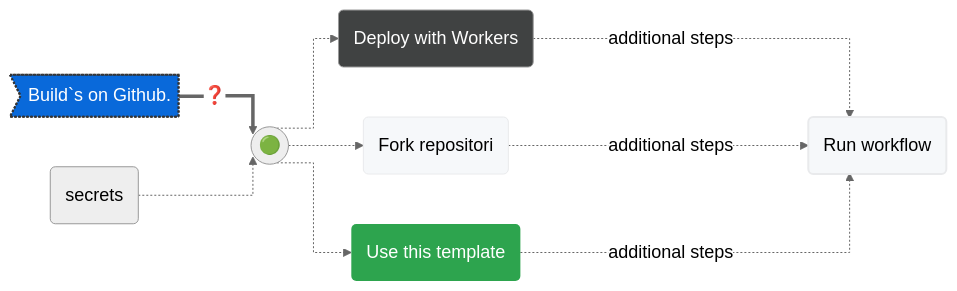
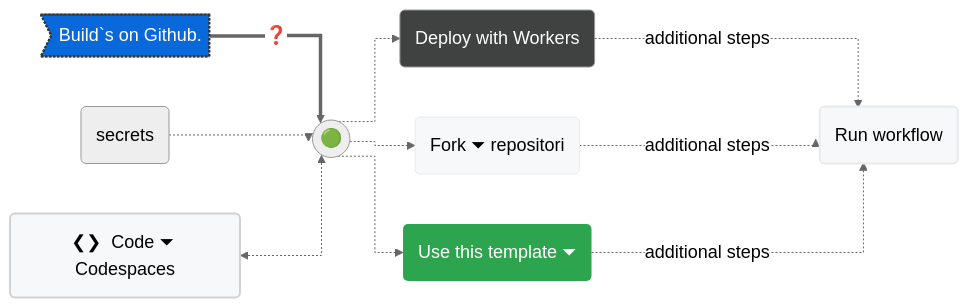
One commit to milankomaj/dev-badge changed the diagram in README.md. Above: the diagram before and after it, drawn with Mermaid.

````diff
--- a/README.md
+++ b/README.md
@@ -12,25 +12,27 @@
 ```mermaid
 %%{init: {'theme': 'neutral', 'themeVariables': { 'fontSize': '18px'}}}%%
 %%{ init: { 'flowchart': { 'curve': 'stepAfter' } } }%%
 flowchart LR
 
 A>Build`s on Github.] ==>|"#10067;"| B
 X("secrets") .->B(("🟢"))
+G("#10094;#10095;  Code #9207; Codespaces")<.->B(("🟢"))
 B(("🟢")) .->C("Deploy with Workers")
-B(("🟢")) .->D("Fork repositori")
-B(("🟢")) .->E("Use this template")
-C & D & E -...->|"additional steps"| F("Run workflow") 
+B(("🟢")) .->D("Fork #9207; repositori")
+B(("🟢")) .->E("Use this template #9207;")
+C & D & E -..->|"additional steps"| F("Run workflow") 
 
 style F fill:#f6f8fa,stroke:#333,stroke-width:2px
 style C fill:#404242,color:#fefefe
 style D fill:#f6f8fa,stroke:#e9eaec
 style E fill:#2da44e,stroke-width:0px,color:#ffffff
 style F fill:#f6f8fa,stroke:#e9eaec
+style G fill:#f6f8fa,stroke:#d1d2d4,stroke-width:2px
 style A fill:#0969da,stroke:#333,stroke-width:2px,color:#fff,stroke-dasharray: 2 2
 
 click A "https://github.com/milankomaj/dev-badge"
 click D "https://github.com/milankomaj/dev-badge/fork"
 click E "https://github.com/milankomaj/dev-badge/generate"
-
+click G "https://github.com/codespaces"
 
 ```
````
